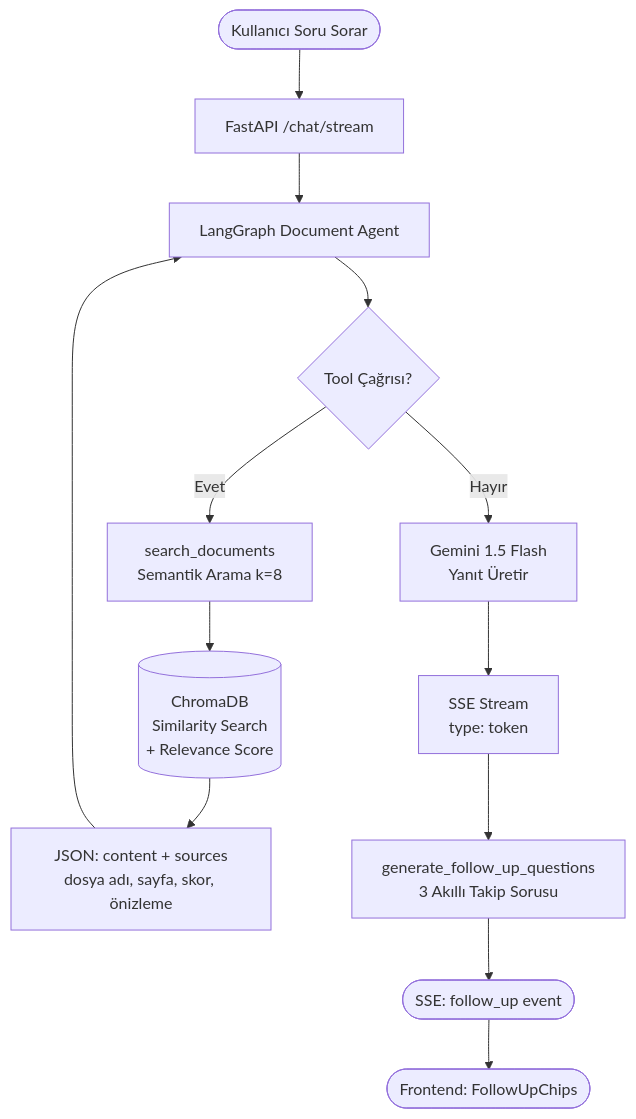
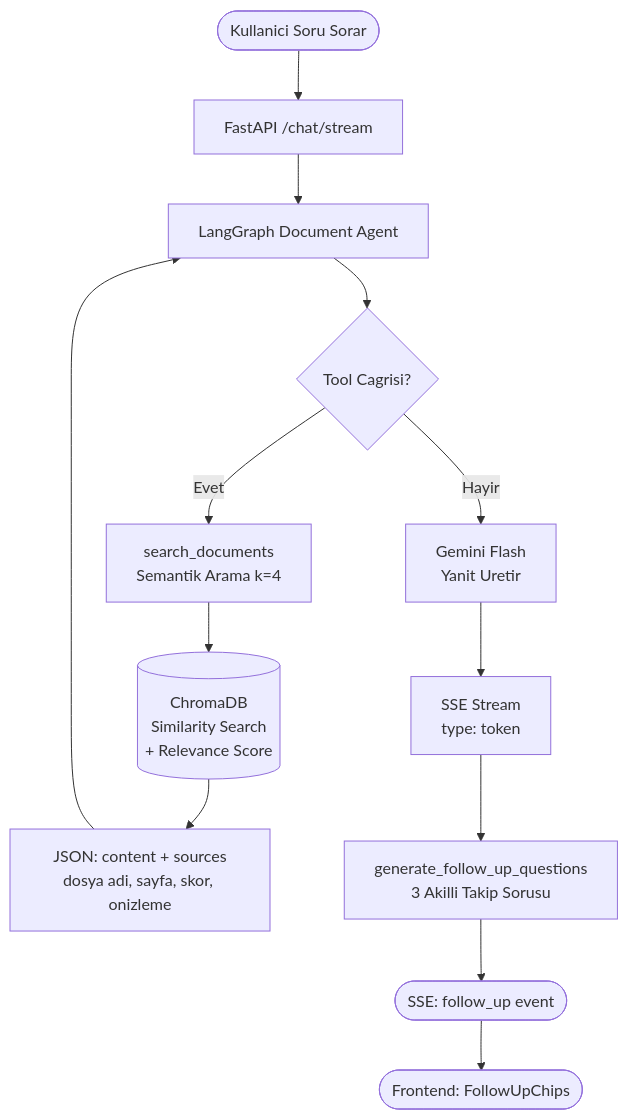
Before and after one commit to elanurdmr/yzta-p2p-rag-based-chatbot-project: the second of 2 diagrams in README.md, drawn with Mermaid. The commit also changed other lines of this file and 41 other files, not shown here.

````diff
--- a/README.md
+++ b/README.md
@@ -83,15 +154,15 @@
 ```mermaid
 flowchart TD
-    A([Kullanıcı Soru Sorar]) --> B[FastAPI /chat/stream]
+    A([Kullanici Soru Sorar]) --> B[FastAPI /chat/stream]
     B --> C[LangGraph Document Agent]
-    C --> D{Tool Çağrısı?}
-    D -->|Evet| E[search_documents\nSemantik Arama k=8]
+    C --> D{Tool Cagrisi?}
+    D -->|Evet| E[search_documents\nSemantik Arama k=4]
     E --> F[(ChromaDB\nSimilarity Search\n+ Relevance Score)]
-    F --> G[JSON: content + sources\ndosya adı, sayfa, skor, önizleme]
+    F --> G[JSON: content + sources\ndosya adi, sayfa, skor, onizleme]
     G --> C
-    D -->|Hayır| H[Gemini 1.5 Flash\nYanıt Üretir]
+    D -->|Hayir| H[Gemini Flash\nYanit Uretir]
     H --> I[SSE Stream\ntype: token]
-    I --> J[generate_follow_up_questions\n3 Akıllı Takip Sorusu]
+    I --> J[generate_follow_up_questions\n3 Akilli Takip Sorusu]
     J --> K([SSE: follow_up event])
     K --> L([Frontend: FollowUpChips])
 ```
````
